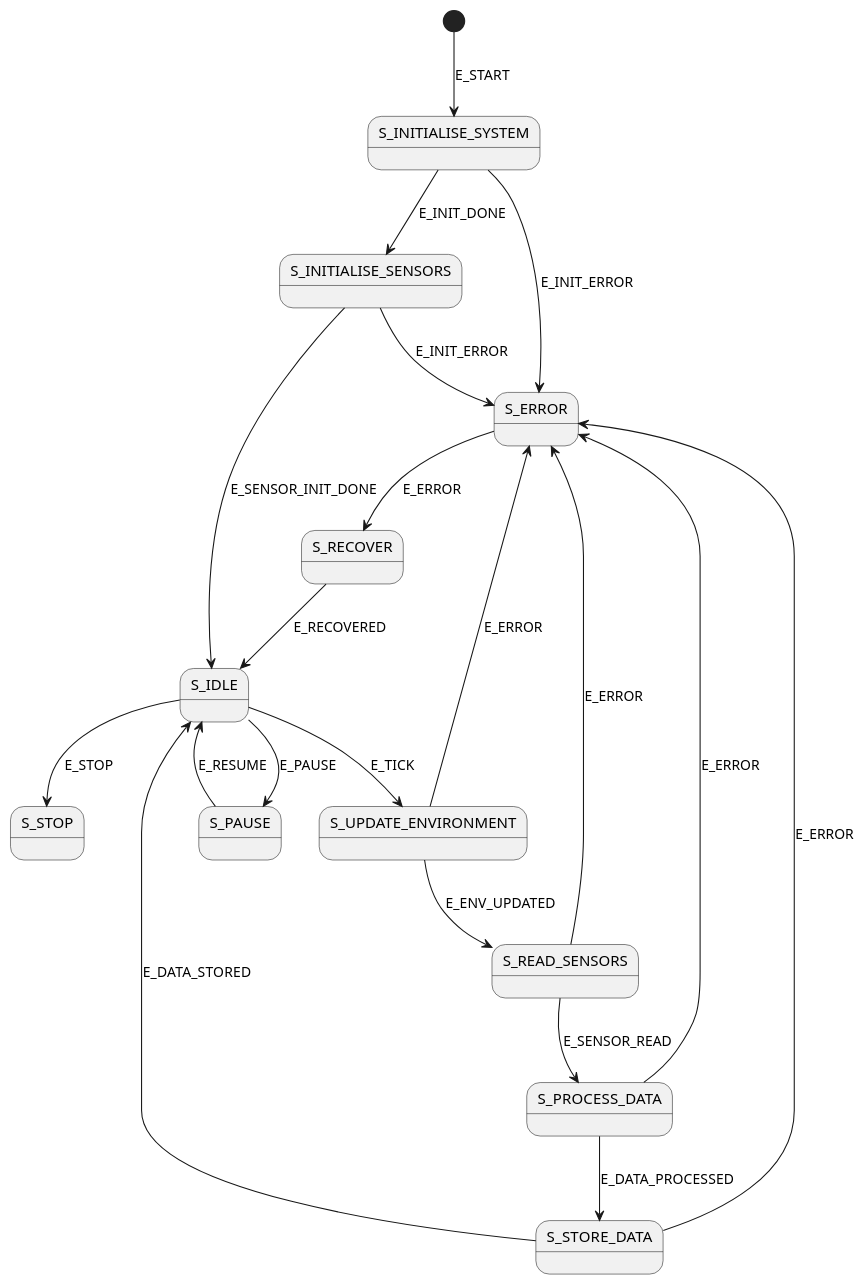
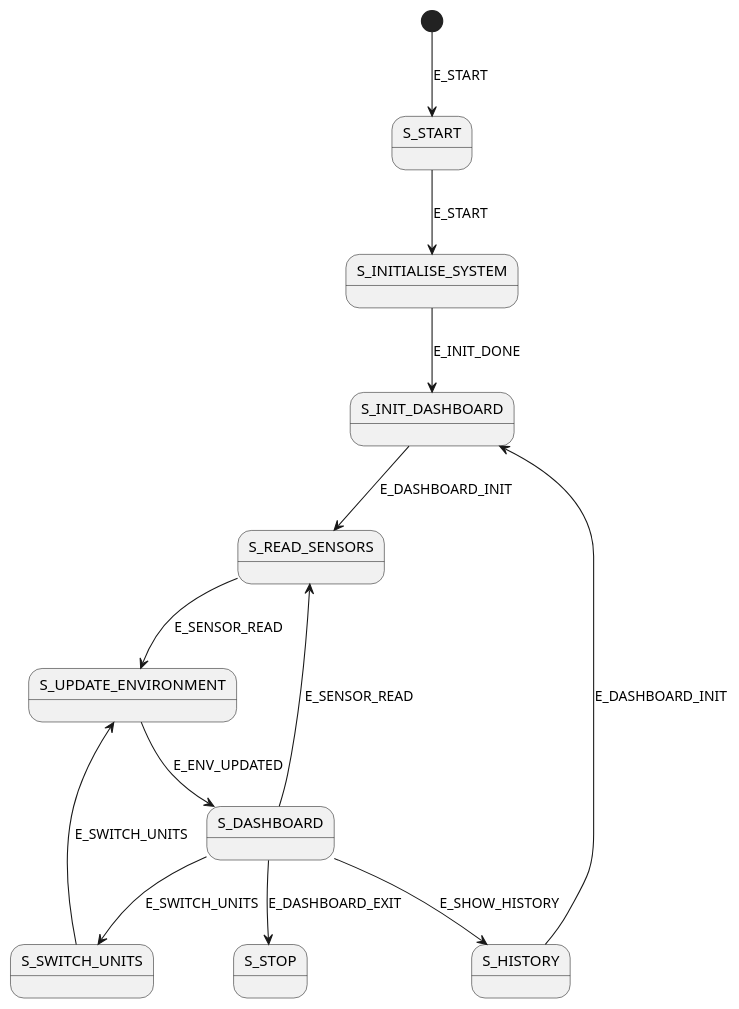
One commit to miseyidov25/Smart-Mini-Weather-Station changed the diagram in plantUML/CVM.puml. Above: the diagram before and after it, drawn with PlantUML. The commit also changed 2 other files, not shown here.

Commit message:
feat: Added History Functionality, Updated CVM diagram

```diff
--- a/plantUML/CVM.puml
+++ b/plantUML/CVM.puml
@@ -1,29 +1,21 @@
 @startuml CVM
 
-[*] --> S_INITIALISE_SYSTEM : E_START
+[*] --> S_START : E_START
 
-S_INITIALISE_SYSTEM --> S_INITIALISE_SENSORS : E_INIT_DONE
-S_INITIALISE_SYSTEM --> S_ERROR : E_INIT_ERROR
+S_START --> S_INITIALISE_SYSTEM : E_START
+S_INITIALISE_SYSTEM --> S_INIT_DASHBOARD : E_INIT_DONE
 
-S_INITIALISE_SENSORS --> S_IDLE : E_SENSOR_INIT_DONE
-S_INITIALISE_SENSORS --> S_ERROR : E_INIT_ERROR
+S_INIT_DASHBOARD --> S_READ_SENSORS : E_DASHBOARD_INIT
+S_READ_SENSORS --> S_UPDATE_ENVIRONMENT : E_SENSOR_READ
+S_UPDATE_ENVIRONMENT --> S_DASHBOARD : E_ENV_UPDATED
 
-S_IDLE --> S_UPDATE_ENVIRONMENT : E_TICK
-S_UPDATE_ENVIRONMENT --> S_READ_SENSORS : E_ENV_UPDATED
-S_READ_SENSORS --> S_PROCESS_DATA : E_SENSOR_READ
-S_PROCESS_DATA --> S_STORE_DATA : E_DATA_PROCESSED
-S_STORE_DATA --> S_IDLE : E_DATA_STORED
+S_DASHBOARD --> S_SWITCH_UNITS : E_SWITCH_UNITS
+S_SWITCH_UNITS --> S_UPDATE_ENVIRONMENT : E_SWITCH_UNITS
 
-S_IDLE --> S_PAUSE : E_PAUSE
-S_PAUSE --> S_IDLE : E_RESUME
+S_DASHBOARD --> S_HISTORY : E_SHOW_HISTORY
+S_HISTORY --> S_INIT_DASHBOARD : E_DASHBOARD_INIT
 
-S_IDLE --> S_STOP : E_STOP
-S_UPDATE_ENVIRONMENT --> S_ERROR : E_ERROR
-S_READ_SENSORS --> S_ERROR : E_ERROR
-S_PROCESS_DATA --> S_ERROR : E_ERROR
-S_STORE_DATA --> S_ERROR : E_ERROR
-
-S_ERROR --> S_RECOVER : E_ERROR
-S_RECOVER --> S_IDLE : E_RECOVERED
+S_DASHBOARD --> S_READ_SENSORS : E_SENSOR_READ
+S_DASHBOARD --> S_STOP : E_DASHBOARD_EXIT
 
 @enduml
```
